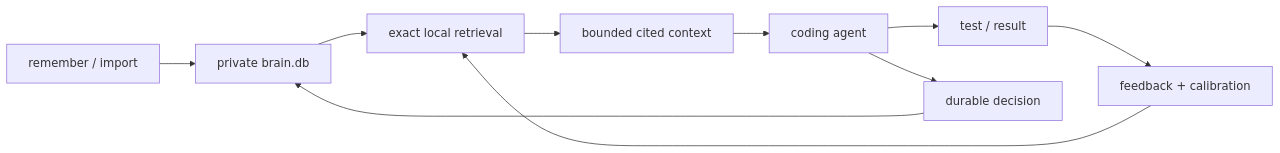
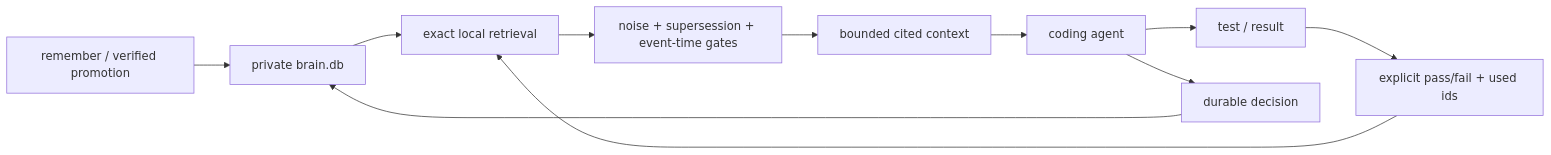
The diagram in release/synapse-memory/FEATURES.md (Supersynergy/synapse), drawn with Mermaid before and after one commit. The commit also changed other lines of this file and 26 other files, not shown here.

````diff
--- a/release/synapse-memory/FEATURES.md
+++ b/release/synapse-memory/FEATURES.md
@@ -45,12 +71,13 @@
 ```mermaid
 flowchart LR
-    Capture["remember / import"] --> Store["private brain.db"]
+    Capture["remember / verified promotion"] --> Store["private brain.db"]
     Store --> Retrieve["exact local retrieval"]
-    Retrieve --> Pack["bounded cited context"]
+    Retrieve --> Truth["noise + supersession + event-time gates"]
+    Truth --> Pack["bounded cited context"]
     Pack --> Agent["coding agent"]
     Agent --> Work["test / result"]
-    Work --> Feedback["feedback + calibration"]
+    Work --> Feedback["explicit pass/fail + used ids"]
     Feedback --> Retrieve
     Agent --> Decision["durable decision"]
     Decision --> Store
 ```
````
